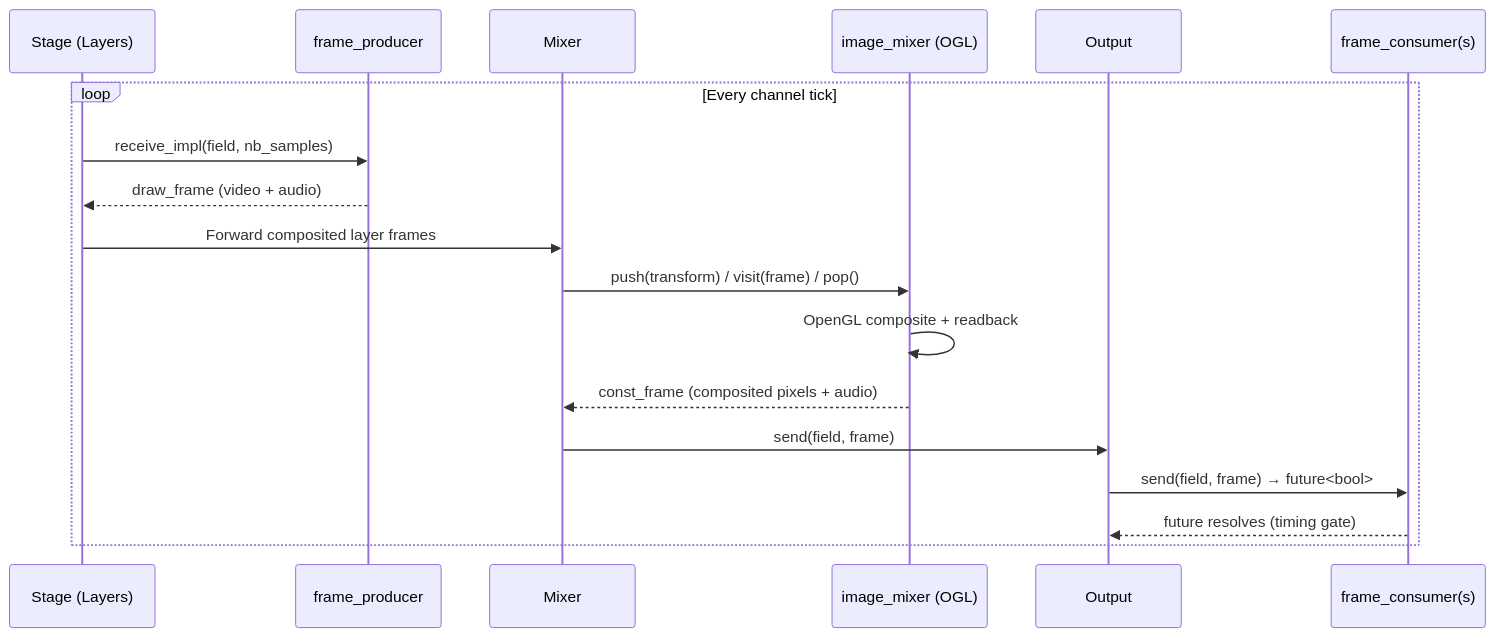
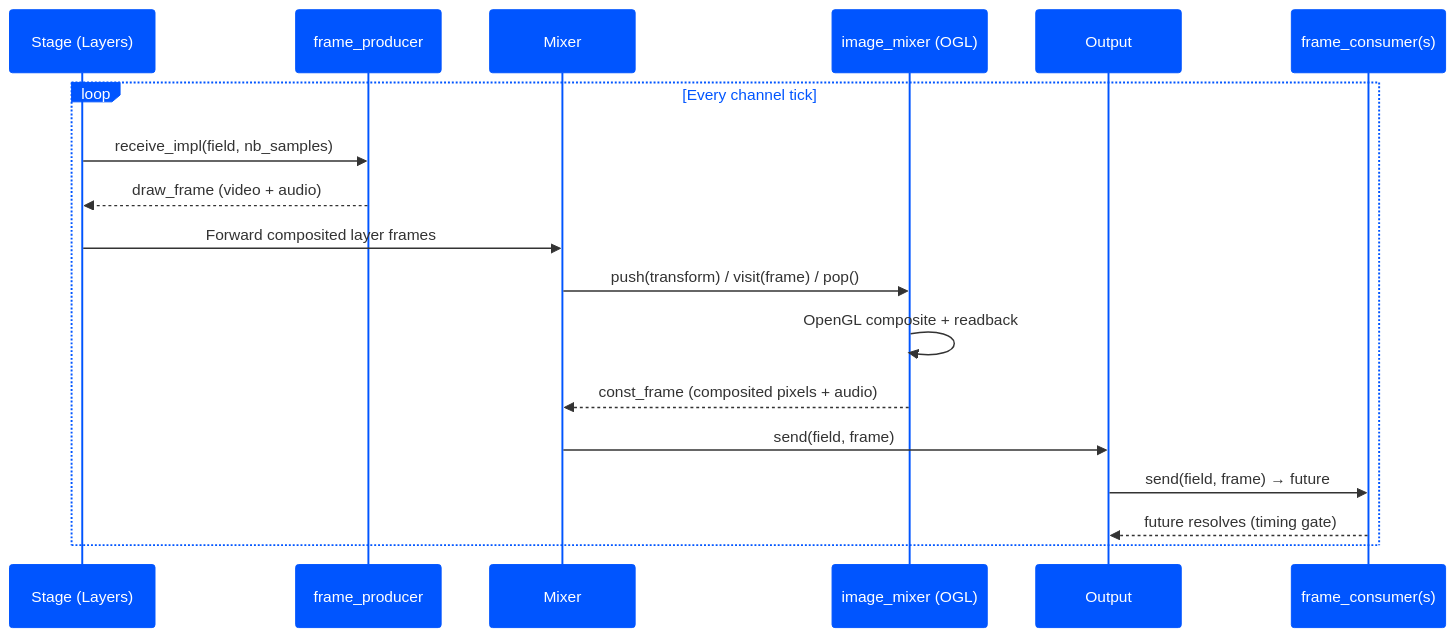
Before and after one commit to den-frie-vilje/casparCG: the second of 10 diagrams in docs/architecture.md, drawn with Mermaid. The commit also changed other lines of this file, not shown here.

Commit message:
docs: style all sequence diagrams and OpenGL diagram

````diff
--- a/docs/architecture.md
+++ b/docs/architecture.md
@@ -123,21 +123,22 @@
 ```mermaid
+%%{init: {'theme': 'base', 'themeVariables': { 'actorBkg': '#0055FF', 'actorTextColor': '#FFF', 'actorBorder': '#0055FF', 'activationBkgColor': '#E8F0FE', 'activationBorderColor': '#0055FF', 'signalColor': '#333', 'signalTextColor': '#333', 'noteBkgColor': '#FFF9E6', 'noteBorderColor': '#CC9900', 'noteTextColor': '#333', 'loopTextColor': '#0055FF' }}}%%
 sequenceDiagram
     participant S as Stage (Layers)
     participant P as frame_producer
     participant M as Mixer
     participant GPU as image_mixer (OGL)
     participant O as Output
     participant C as frame_consumer(s)
 
     loop Every channel tick
         S->>P: receive_impl(field, nb_samples)
         P-->>S: draw_frame (video + audio)
         S->>M: Forward composited layer frames
         M->>GPU: push(transform) / visit(frame) / pop()
         GPU->>GPU: OpenGL composite + readback
         GPU-->>M: const_frame (composited pixels + audio)
         M->>O: send(field, frame)
-        O->>C: send(field, frame) → future<bool>
+        O->>C: send(field, frame) → future
         C-->>O: future resolves (timing gate)
     end
 ```
````
